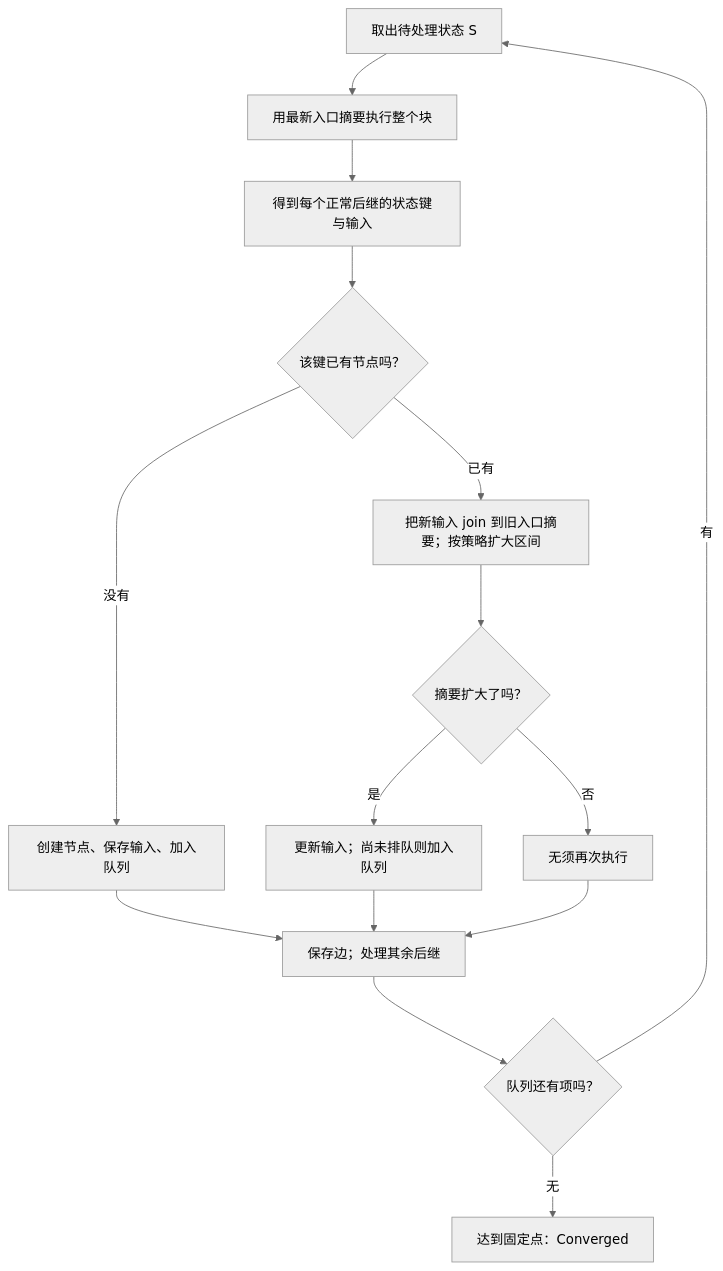
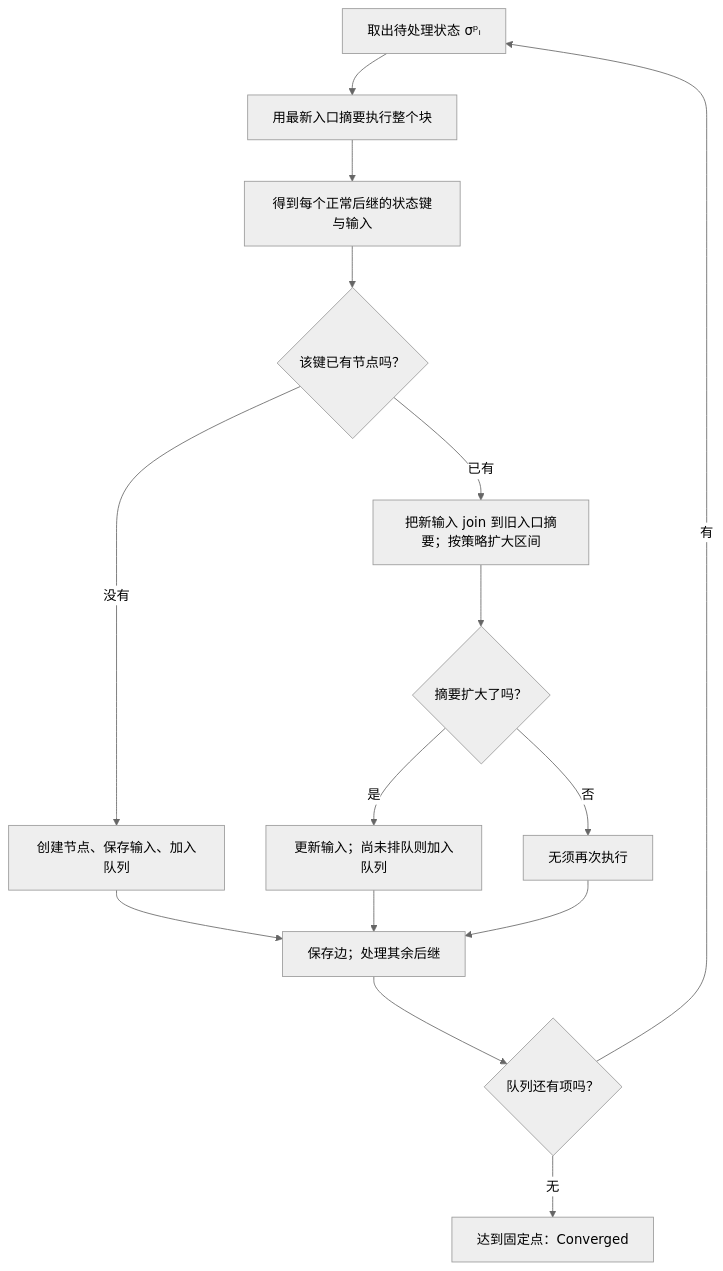
One commit to ethever/evm-abstract-lab changed the second of 2 diagrams in docs/03-cfg.md. Above: the diagram before and after it, drawn with Mermaid (neutral theme). The commit also changed other lines of this file and 109 other files, not shown here.

````diff
--- a/docs/03-cfg.md
+++ b/docs/03-cfg.md
@@ -89,17 +91,17 @@
 ```mermaid
 flowchart TD
-    A[取出待处理状态 S] --> B[用最新入口摘要执行整个块]
+    A[取出待处理状态 σᵖᵢ] --> B[用最新入口摘要执行整个块]
     B --> C[得到每个正常后继的状态键与输入]
     C --> D{该键已有节点吗？}
     D -->|没有| E[创建节点、保存输入、加入队列]
     D -->|已有| F[把新输入 join 到旧入口摘要；按策略扩大区间]
     F --> G{摘要扩大了吗？}
     G -->|是| H[更新输入；尚未排队则加入队列]
     G -->|否| I[无须再次执行]
     E --> J[保存边；处理其余后继]
     H --> J
     I --> J
     J --> K{队列还有项吗？}
     K -->|有| A
     K -->|无| L[达到固定点：Converged]
 ```
````
